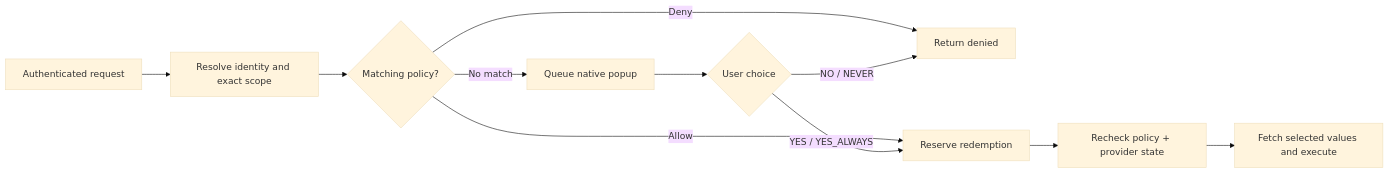
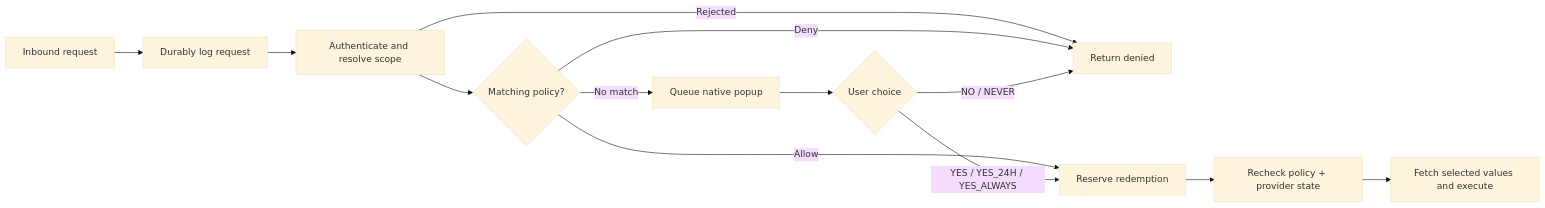
The diagram in docs/design/joydex-plugins/07-secrets.md (Mattie/joydex), drawn with Mermaid (base theme) before and after one commit. The commit also changed other lines of this file and 65 other files, not shown here.

```diff
--- a/docs/design/joydex-plugins/07-secrets.md
+++ b/docs/design/joydex-plugins/07-secrets.md
@@ -81,13 +84,15 @@
 ~~~mermaid
 flowchart LR
-    R["Authenticated request"] --> V["Resolve identity and exact scope"]
+    R["Inbound request"] --> L["Durably log request"]
+    L --> V["Authenticate and resolve scope"]
+    V -->|"Rejected"| N["Return denied"]
     V --> P{"Matching policy?"}
     P -->|"Deny"| N["Return denied"]
     P -->|"Allow"| A["Reserve redemption"]
     P -->|"No match"| Q["Queue native popup"]
     Q --> D{"User choice"}
-    D -->|"YES / YES_ALWAYS"| A
+    D -->|"YES / YES_24H / YES_ALWAYS"| A
     D -->|"NO / NEVER"| N
     A --> C["Recheck policy + provider state"]
     C --> X["Fetch selected values and execute"]
 ~~~
```
